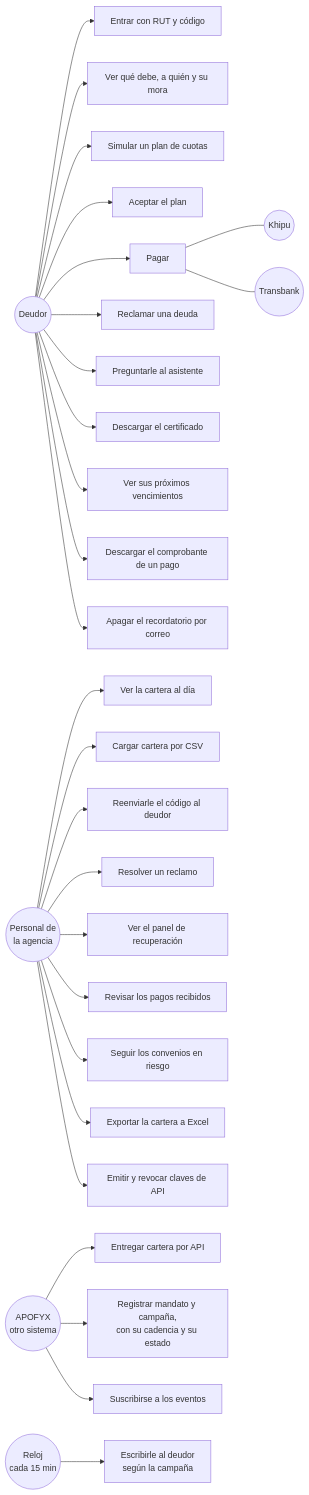
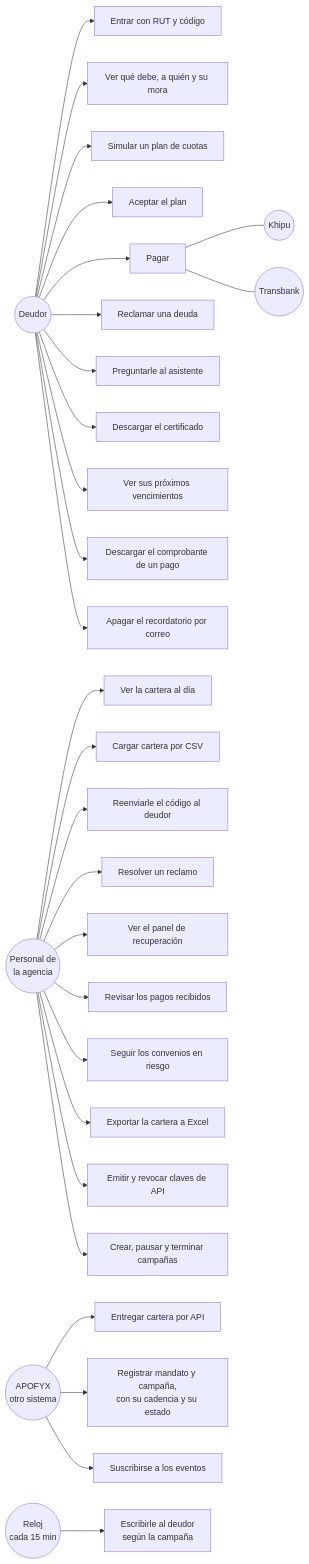
One commit to TechnicalBridge/TB_web changed the fifth of 8 diagrams in README.md. Above: the diagram before and after it, drawn with Mermaid. The commit also changed other lines of this file and 18 other files, not shown here.

````diff
--- a/README.md
+++ b/README.md
@@ -820,39 +822,40 @@
 ```mermaid
 flowchart LR
     DEU(("Deudor"))
     EMP(("Personal de<br/>la agencia"))
     SIS(("APOFYX<br/>otro sistema"))
     KHP(("Khipu"))
     TBK(("Transbank"))
     REL(("Reloj<br/>cada 15 min"))
 
     DEU --> U1["Entrar con RUT y código"]
     DEU --> U2["Ver qué debe, a quién y su mora"]
     DEU --> U3["Simular un plan de cuotas"]
     DEU --> U4["Aceptar el plan"]
     DEU --> U5["Pagar"]
     DEU --> U22["Reclamar una deuda"]
     DEU --> U6["Preguntarle al asistente"]
     DEU --> U7["Descargar el certificado"]
     DEU --> U15["Ver sus próximos vencimientos"]
     DEU --> U16["Descargar el comprobante de un pago"]
     DEU --> U17["Apagar el recordatorio por correo"]
     U5 --- KHP
     U5 --- TBK
 
     EMP --> U8["Ver la cartera al día"]
     EMP --> U9["Cargar cartera por CSV"]
     EMP --> U10["Reenviarle el código al deudor"]
     EMP --> U23["Resolver un reclamo"]
     EMP --> U11["Ver el panel de recuperación"]
     EMP --> U18["Revisar los pagos recibidos"]
     EMP --> U19["Seguir los convenios en riesgo"]
     EMP --> U20["Exportar la cartera a Excel"]
     EMP --> U21["Emitir y revocar claves de API"]
+    EMP --> U25["Crear, pausar y terminar campañas"]
 
     SIS --> U12["Entregar cartera por API"]
     SIS --> U13["Registrar mandato y campaña,<br/>con su cadencia y su estado"]
     SIS --> U14["Suscribirse a los eventos"]
 
     REL --> U24["Escribirle al deudor<br/>según la campaña"]
 ```
````
